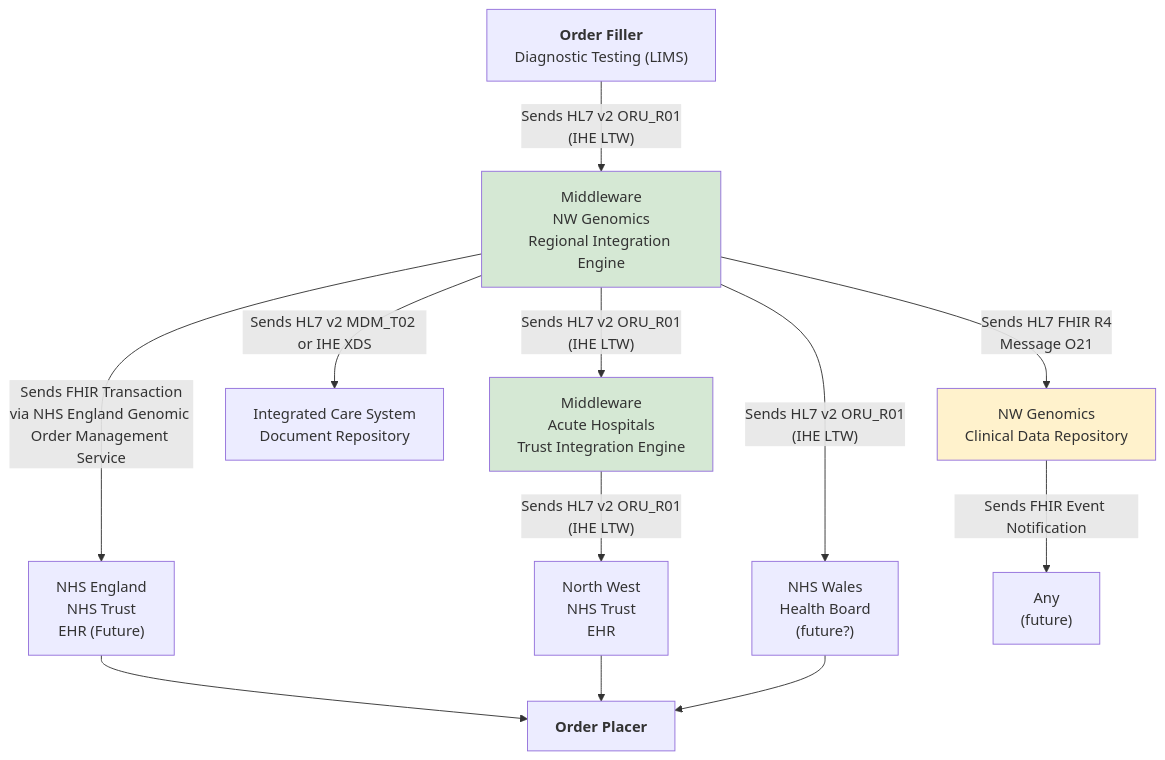
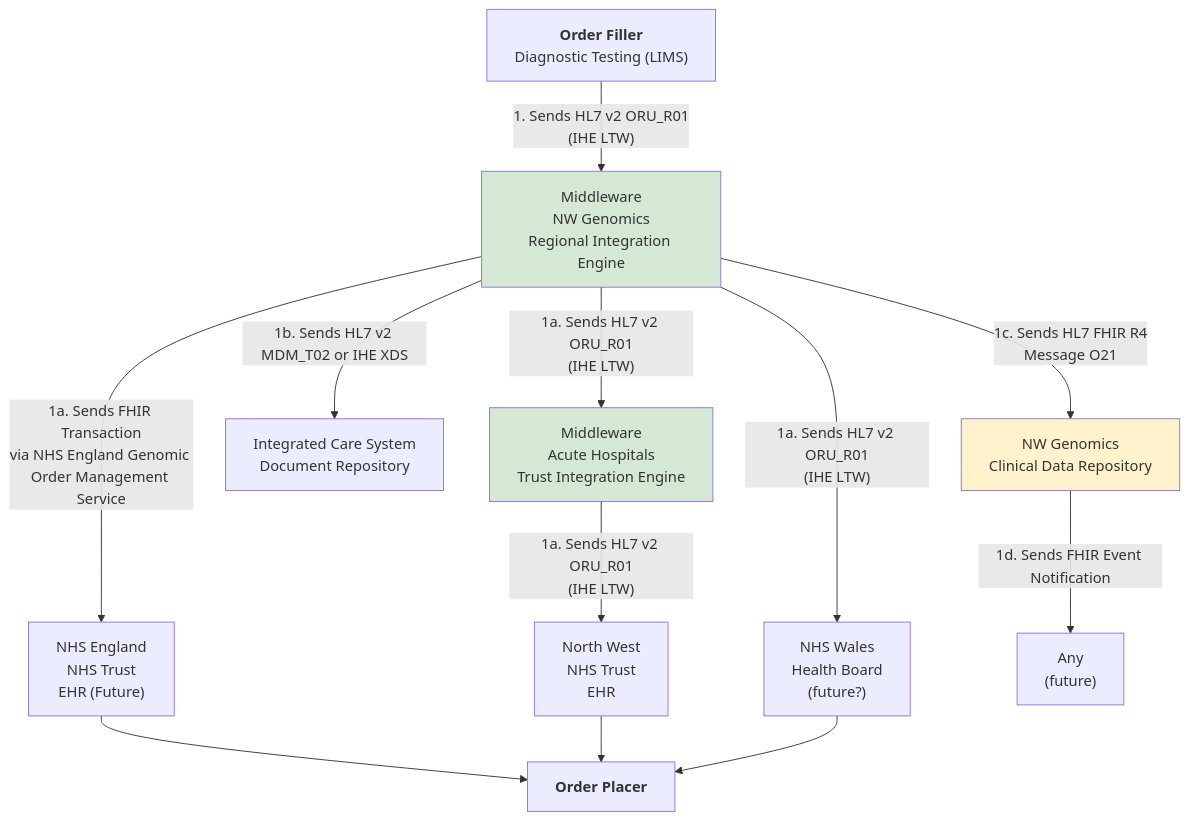
Before and after one commit to uk-gov-mirror/nw-gmsa.nw-gmsa.github.com: the second of 3 diagrams in input/pagecontent/LTW.md, drawn with Mermaid. The commit also changed other lines of this file, not shown here.

````diff
--- a/input/pagecontent/LTW.md
+++ b/input/pagecontent/LTW.md
@@ -198,20 +199,20 @@
 ```mermaid
 graph TD;
-    Receive["<b>Order Filler</b><br/>Diagnostic Testing (LIMS)"] --> |"Sends HL7 v2 ORU_R01<br/>(IHE LTW)"| RIE[Middleware<br/>NW Genomics<br/>Regional Integration Engine] 
-    RIE --> |"Sends HL7 v2 ORU_R01<br/>(IHE LTW)"| TIE[Middleware<br/>Acute Hospitals<br/>Trust Integration Engine] 
-    TIE--> |"Sends HL7 v2 ORU_R01<br/>(IHE LTW)"| EHRTIE[North West<br/>NHS Trust<br/>EHR] 
-    RIE--> |"Sends HL7 v2 ORU_R01<br/>(IHE LTW)"| BOARD["NHS Wales<br/>Health Board<br/> (future?)"]
-    RIE --> |"Sends FHIR Transaction<br/>via NHS England Genomic Order Management Service"| GOMS["NHS England<br/>NHS Trust<br/>EHR (Future)"] 
-    RIE --> |Sends HL7 v2 MDM_T02 or IHE XDS| ICSTIE[Integrated Care System <br/> Document Repository]
-    RIE --> |Sends HL7 FHIR R4<br/>Message O21| CDR[NW Genomics<br/>Clinical Data Repository]
-    CDR --> |Sends FHIR Event Notification| Any["Any <br/>(future)"]
+    OrderFiller["<b>Order Filler</b><br/>Diagnostic Testing (LIMS)"] --> |"1. Sends HL7 v2 ORU_R01<br/>(IHE LTW)"| RIE[Middleware<br/>NW Genomics<br/>Regional Integration Engine] 
+    RIE --> |"1a. Sends HL7 v2 ORU_R01<br/>(IHE LTW)"| TIE[Middleware<br/>Acute Hospitals<br/>Trust Integration Engine] 
+    TIE--> |"1a. Sends HL7 v2 ORU_R01<br/>(IHE LTW)"| EHRTIE[North West<br/>NHS Trust<br/>EHR] 
+    RIE--> |"1a. Sends HL7 v2 ORU_R01<br/>(IHE LTW)"| BOARD["NHS Wales<br/>Health Board<br/> (future?)"]
+    RIE --> |"1a. Sends FHIR Transaction<br/>via NHS England Genomic Order Management Service"| GOMS["NHS England<br/>NHS Trust<br/>EHR (Future)"] 
+    RIE --> |1b. Sends HL7 v2 MDM_T02 or IHE XDS| ICSTIE[Integrated Care System <br/> Document Repository]
+    RIE --> |1c. Sends HL7 FHIR R4<br/>Message O21| CDR[NW Genomics<br/>Clinical Data Repository]
+    CDR --> |1d. Sends FHIR Event Notification| Any["Any <br/>(future)"]
     GOMS --> OrderPlacer[<b>Order Placer</b>]
     EHRTIE --> OrderPlacer
     BOARD--> OrderPlacer
 
     classDef green fill:#D5E8D4;
     classDef yellow fill:#FFF2CC;
     class RIE green;
     class TIE green;
     class CDR yellow;
 ```
````
